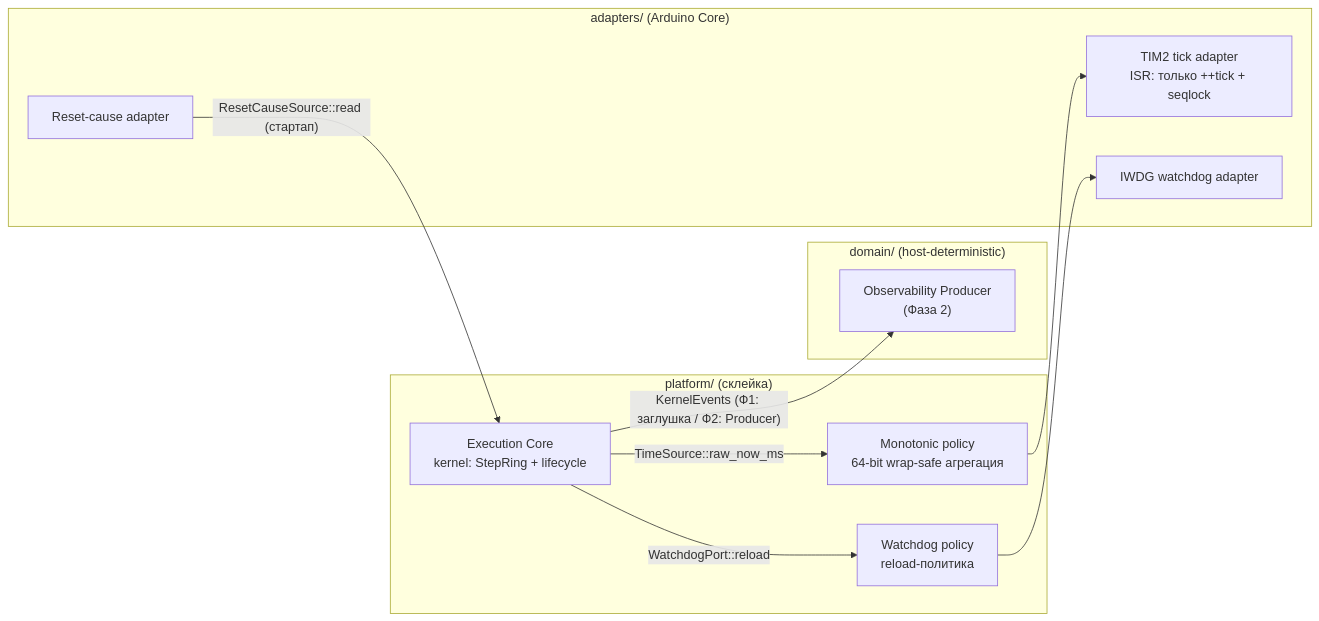
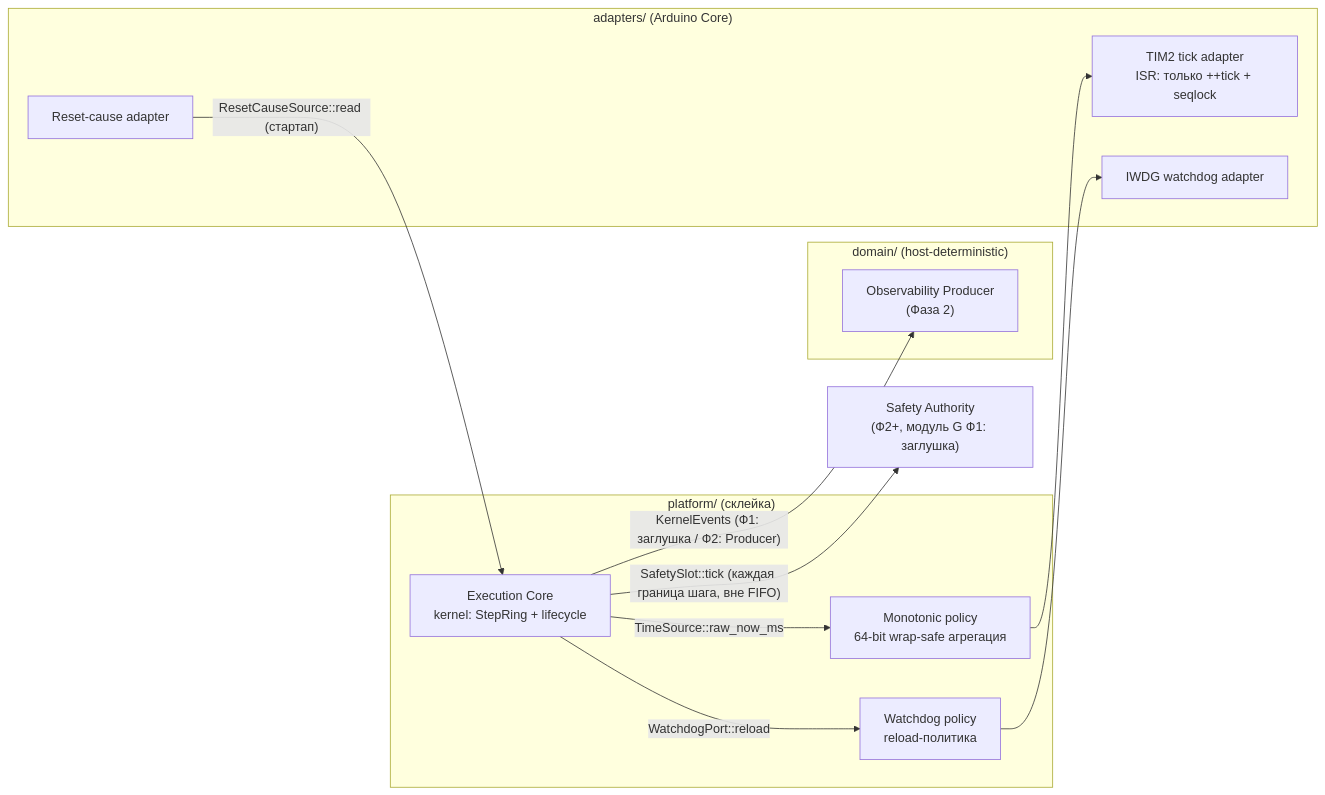
Before and after one commit to Driadix/ShuttleControllerV3: the first of 3 diagrams in docs/execution-foundation-design-v3.md, drawn with Mermaid. The commit also changed other lines of this file, not shown here.

Commit message:
docs(design): close review NITs - safety slot timing measurement, gap threshold 3xT_step, interval wording, mermaid (#85)

````diff
--- a/docs/execution-foundation-design-v3.md
+++ b/docs/execution-foundation-design-v3.md
@@ -20,22 +20,23 @@
 ```mermaid
 flowchart LR
     subgraph platform["platform/ (склейка)"]
         EC["Execution Core<br/>kernel: StepRing + lifecycle"]
         MP["Monotonic policy<br/>64-bit wrap-safe агрегация"]
         WP["Watchdog policy<br/>reload-политика"]
     end
     subgraph domain["domain/ (host-deterministic)"]
         OP["Observability Producer<br/>(Фаза 2)"]
     end
     subgraph adapters["adapters/ (Arduino Core)"]
         TIM["TIM2 tick adapter<br/>ISR: только ++tick + seqlock"]
         IWDG["IWDG watchdog adapter"]
         RC["Reset-cause adapter"]
     end
     EC -->|"TimeSource::raw_now_ms"| MP
     EC -->|"WatchdogPort::reload"| WP
     MP --> TIM
     WP --> IWDG
     RC -->|"ResetCauseSource::read (стартап)"| EC
     EC -->|"KernelEvents (Ф1: заглушка / Ф2: Producer)"| OP
+    EC -->|"SafetySlot::tick (каждая граница шага, вне FIFO)"| SA["Safety Authority<br/>(Ф2+, модуль #71; Ф1: заглушка)"]
 ```
````
